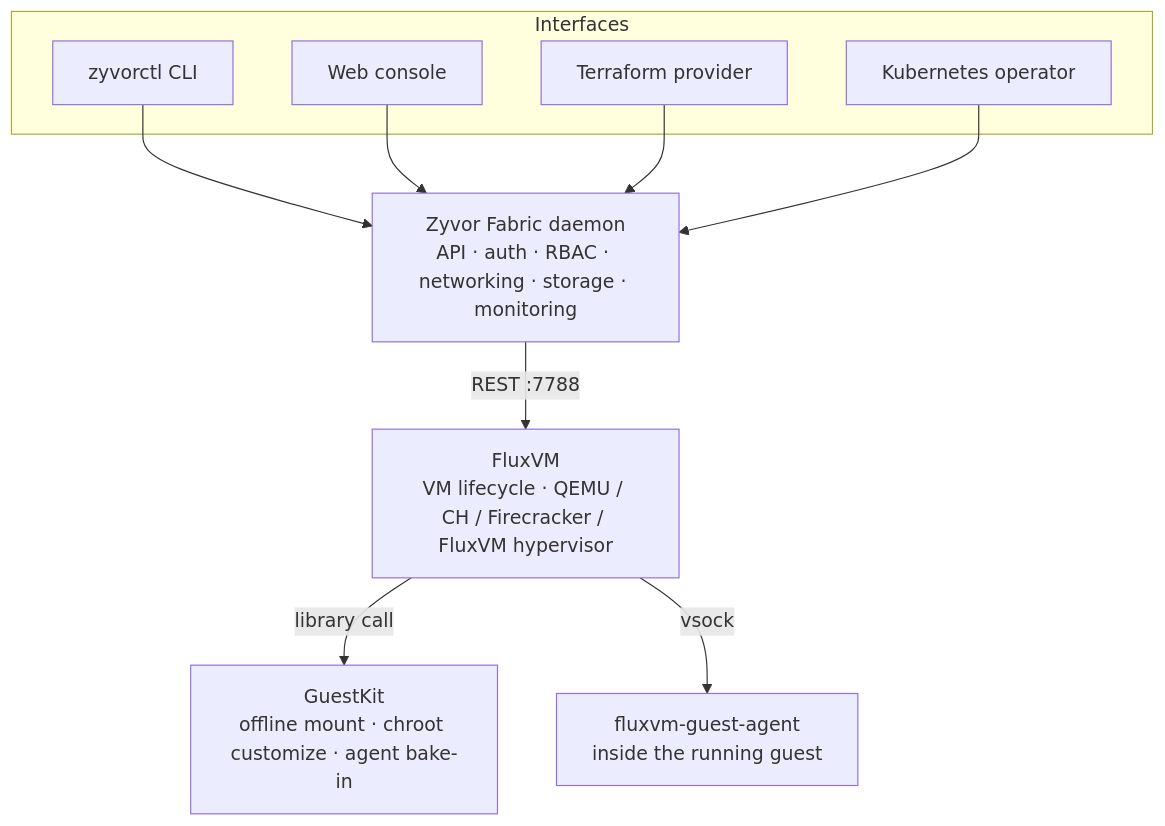
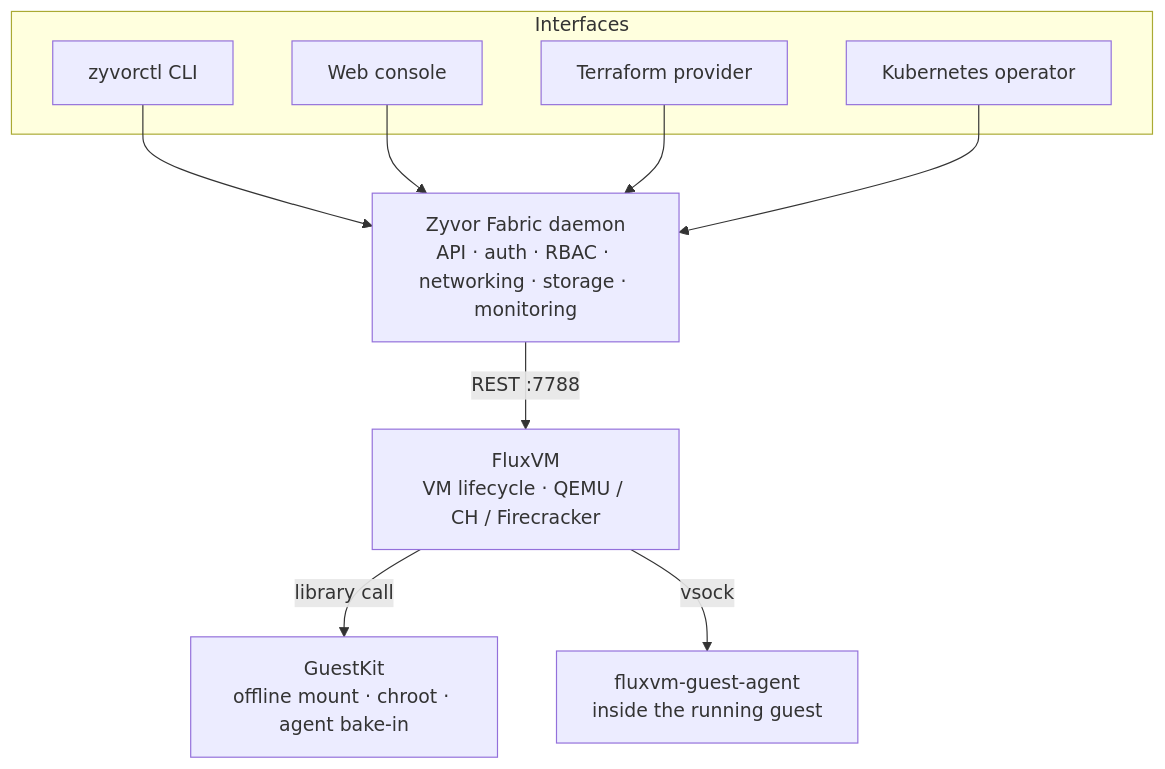
Before and after one commit to zyvorai/fabric: the diagram in README.md, drawn with Mermaid. The commit also changed other lines of this file and 27 other files, not shown here.

````diff
--- a/README.md
+++ b/README.md
@@ -59,18 +183,18 @@
 ```mermaid
 flowchart TB
   subgraph Interfaces
     CLI[zyvorctl CLI]
     Web[Web console]
     TF[Terraform provider]
     Op[Kubernetes operator]
   end
   CLI --> Daemon
   Web --> Daemon
   TF --> Daemon
   Op --> Daemon
 
   Daemon[Zyvor Fabric daemon<br/>API · auth · RBAC · networking · storage · monitoring]
-  Daemon -- REST :7788 --> Flux[FluxVM<br/>VM lifecycle · QEMU / CH / Firecracker / FluxVM hypervisor]
-  Flux -- library call --> GK[GuestKit<br/>offline mount · chroot customize · agent bake-in]
+  Daemon -- REST :7788 --> Flux[FluxVM<br/>VM lifecycle · QEMU / CH / Firecracker]
+  Flux -- library call --> GK[GuestKit<br/>offline mount · chroot · agent bake-in]
   Flux -- vsock --> Agent[fluxvm-guest-agent<br/>inside the running guest]
 ```
````
